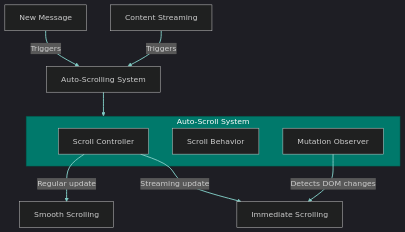
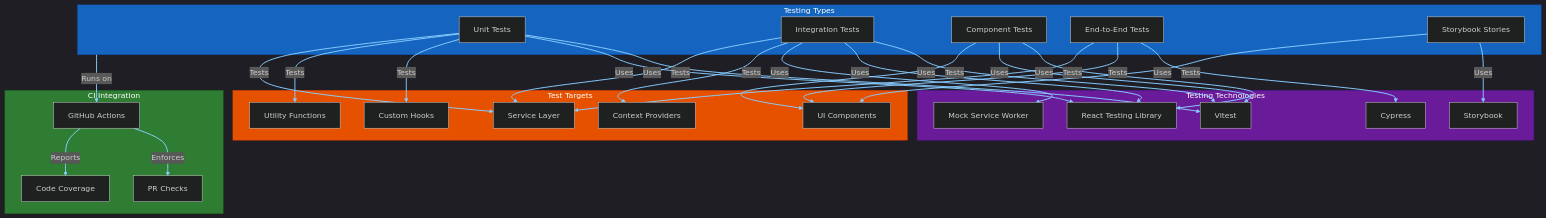
Before and after one commit to ChrisMcKee1/ChatUI: the ninth of 10 diagrams in memory-bank/architectureDiagrams.md, drawn with Mermaid. The commit also changed other lines of this file, not shown here.

Commit message:
Updated Deployment Architecture diagram to reflect current approach

````diff
--- a/memory-bank/architectureDiagrams.md
+++ b/memory-bank/architectureDiagrams.md
@@ -389,23 +533,67 @@
 ```mermaid
 %%{init: {'theme':'dark'}}%%
 flowchart TD
-    NT[New Message] -->|Triggers| AS[Auto-Scrolling System]
-    CS[Content Streaming] -->|Triggers| AS
-    
-    subgraph Auto_Scroll_System[Auto-Scroll System]
-        SC[Scroll Controller]
-        SB[Scroll Behavior]
-        MO[Mutation Observer]
+    subgraph Testing_Types["Testing Types"]
+        Unit[Unit Tests]
+        Integration[Integration Tests]
+        Component[Component Tests]
+        E2E[End-to-End Tests]
+        Storybook[Storybook Stories]
     end
     
-    AS --> Auto_Scroll_System
+    subgraph Testing_Technologies["Testing Technologies"]
+        Vitest[Vitest]
+        RTL[React Testing Library]
+        MSW[Mock Service Worker]
+        Cypress[Cypress]
+        SB[Storybook]
+    end
     
-    SC -->|Regular update| SM[Smooth Scrolling]
-    SC -->|Streaming update| IM[Immediate Scrolling]
+    subgraph Test_Targets["Test Targets"]
+        Components[UI Components]
+        Hooks[Custom Hooks]
+        Context[Context Providers]
+        Services[Service Layer]
+        Utils[Utility Functions]
+    end
     
-    MO -->|Detects DOM changes| IM
+    subgraph CI_Integration["CI Integration"]
+        GHA[GitHub Actions]
+        PR_Checks[PR Checks]
+        Coverage[Code Coverage]
+    end
     
-    style Auto_Scroll_System fill:#00796b,stroke:#004d40,color:#ffffff
+    Unit -->|Uses| Vitest
+    Unit -->|Uses| RTL
+    Unit -->|Tests| Hooks
+    Unit -->|Tests| Utils
+    Unit -->|Tests| Services
     
-    linkStyle default stroke:#80cbc4,stroke-width:2px
+    Integration -->|Uses| Vitest
+    Integration -->|Uses| RTL
+    Integration -->|Uses| MSW
+    Integration -->|Tests| Context
+    Integration -->|Tests| Services
+    
+    Component -->|Uses| RTL
+    Component -->|Uses| Vitest
+    Component -->|Tests| Components
+    
+    E2E -->|Uses| Cypress
+    E2E -->|Tests| Components
+    E2E -->|Tests| Services
+    
+    Storybook -->|Uses| SB
+    Storybook -->|Tests| Components
+    
+    Testing_Types -->|Runs on| GHA
+    GHA -->|Enforces| PR_Checks
+    GHA -->|Reports| Coverage
+    
+    style Testing_Types fill:#1565c0,stroke:#0d47a1,color:#ffffff
+    style Testing_Technologies fill:#6a1b9a,stroke:#4a148c,color:#ffffff
+    style Test_Targets fill:#e65100,stroke:#bf360c,color:#ffffff
+    style CI_Integration fill:#2e7d32,stroke:#1b5e20,color:#ffffff
+    
+    linkStyle default stroke:#88ccff,stroke-width:2px
 ```
````
